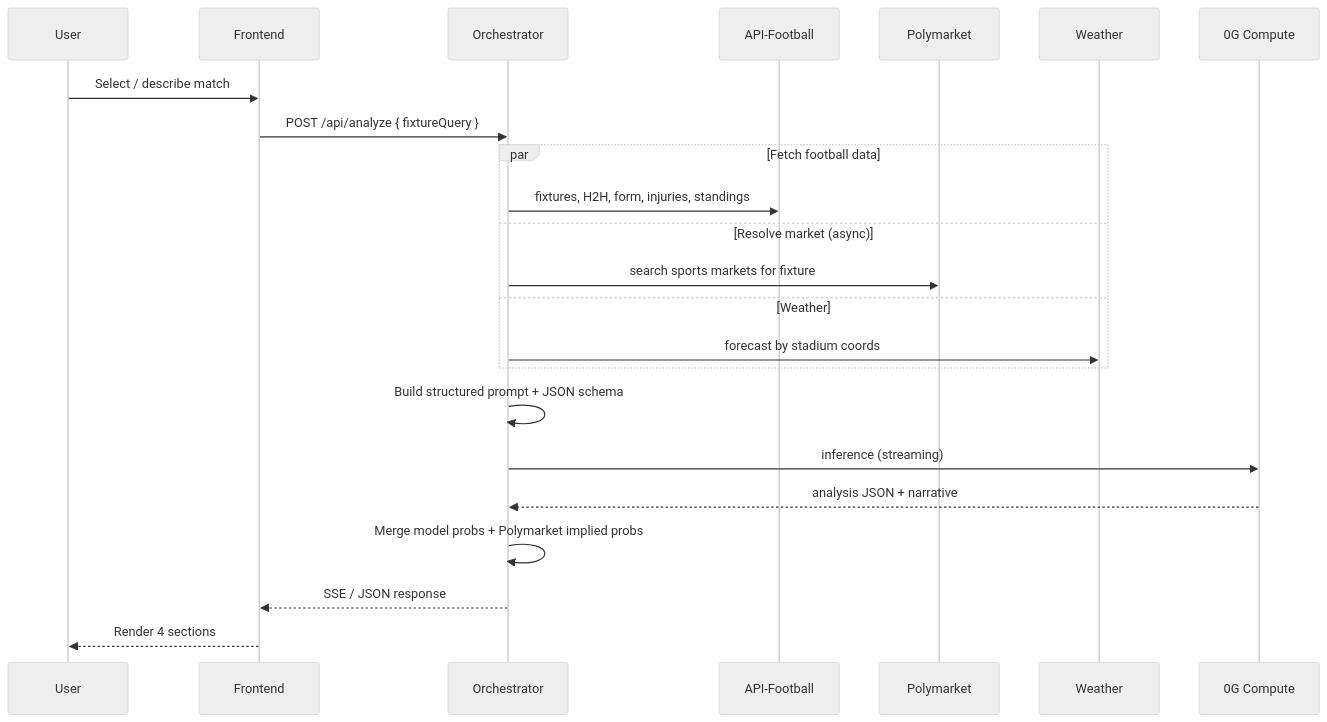
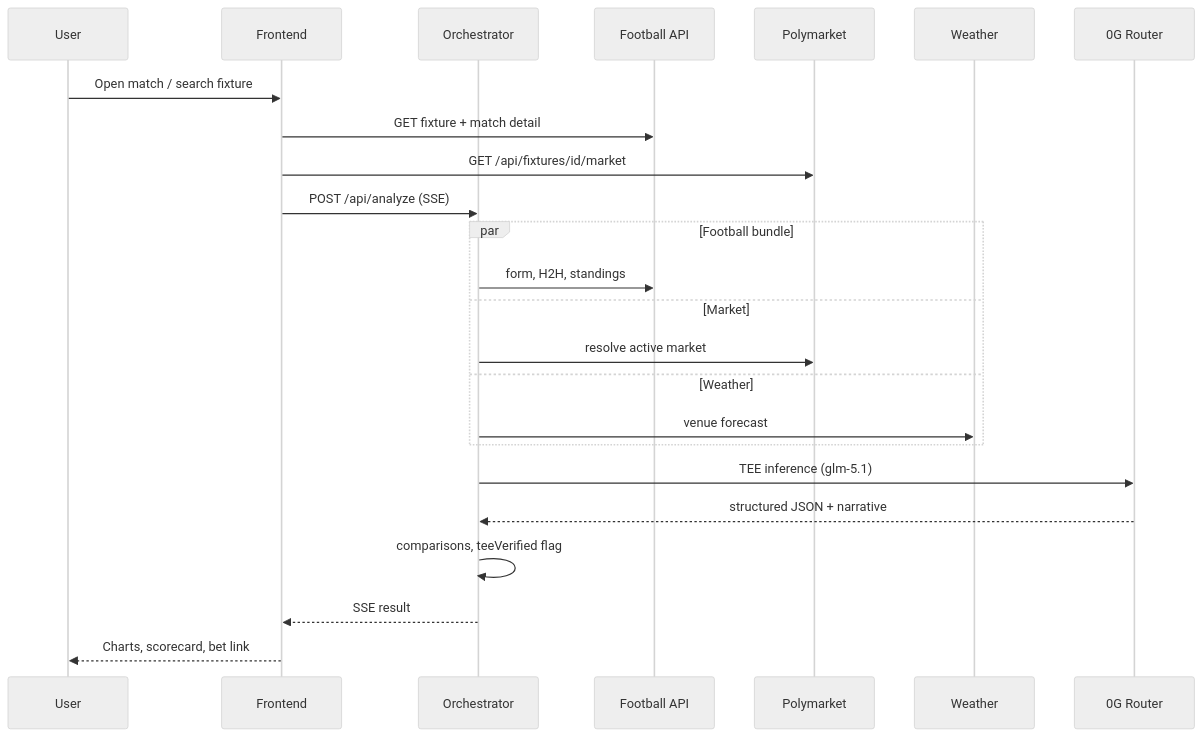
Before and after one commit to mandatedisrael/ai.ball: the second of 2 diagrams in architecture.md, drawn with Mermaid (neutral theme). The commit also changed other lines of this file and 4 other files, not shown here.

First line of the commit message:
Rebrand docs as AI football analyst with market links

````diff
--- a/architecture.md
+++ b/architecture.md
@@ -108,28 +123,29 @@
 ```mermaid
 sequenceDiagram
     participant U as User
     participant UI as Frontend
     participant O as Orchestrator
-    participant F as API-Football
+    participant F as Football API
     participant P as Polymarket
     participant W as Weather
-    participant C as 0G Compute
+    participant C as 0G Router
 
-    U->>UI: Select / describe match
-    UI->>O: POST /api/analyze { fixtureQuery }
+    U->>UI: Open match / search fixture
+    UI->>F: GET fixture + match detail
+    UI->>P: GET /api/fixtures/id/market
+    UI->>O: POST /api/analyze (SSE)
 
-    par Fetch football data
-        O->>F: fixtures, H2H, form, injuries, standings
-    and Resolve market (async)
-        O->>P: search sports markets for fixture
+    par Football bundle
+        O->>F: form, H2H, standings
+    and Market
+        O->>P: resolve active market
     and Weather
-        O->>W: forecast by stadium coords
+        O->>W: venue forecast
     end
 
-    O->>O: Build structured prompt + JSON schema
-    O->>C: inference (streaming)
-    C-->>O: analysis JSON + narrative
-    O->>O: Merge model probs + Polymarket implied probs
-    O-->>UI: SSE / JSON response
-    UI-->>U: Render 4 sections
+    O->>C: TEE inference (glm-5.1)
+    C-->>O: structured JSON + narrative
+    O->>O: comparisons, teeVerified flag
+    O-->>UI: SSE result
+    UI-->>U: Charts, scorecard, bet link
 ```
````
